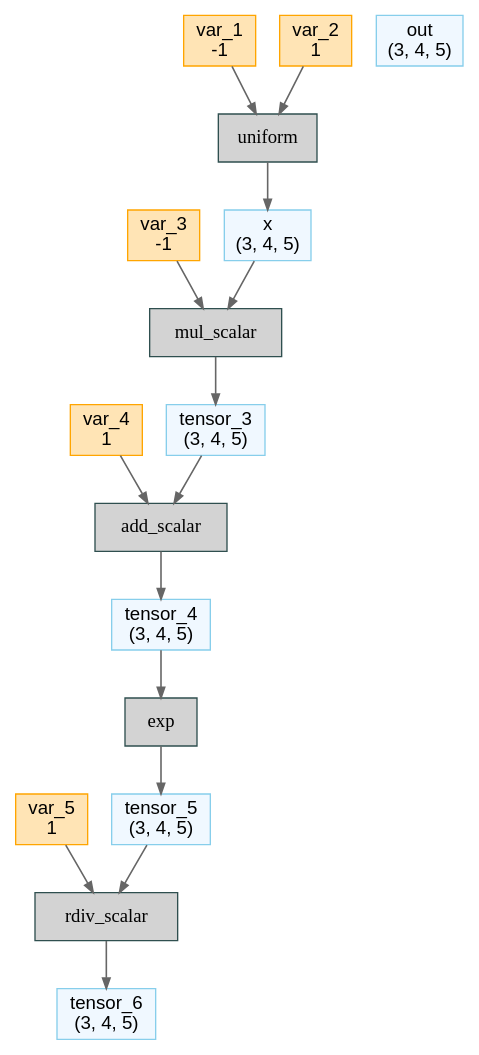
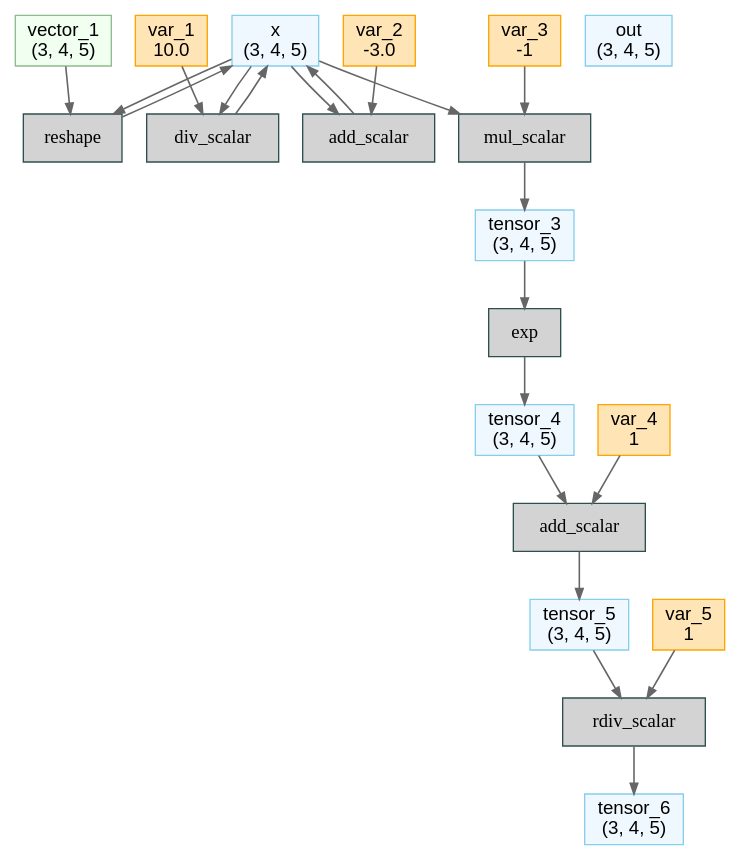
Before and after one commit to zhaziqwe/deepx: the diagram in front/py/examples/3_functional/1_sigmoid.dot, drawn with Graphviz. The commit also changed 11 other files, not shown here.

```diff
--- a/front/py/examples/3_functional/1_sigmoid.dot
+++ b/front/py/examples/3_functional/1_sigmoid.dot
@@ -1,46 +1,56 @@
 // Computational Graph
 digraph {
 	rankdir=TB
 	node [shape=record]
-	124458605174432 [label="x
+	130115172244864 [label="x
 (3, 4, 5)" color=skyblue fillcolor=aliceblue fontname="Sans-Serif" labeljust=l shape=box style=filled]
-	124458605170256 [label="var_1
+	130117430101712 [label=reshape color=darkslategray fillcolor=lightgray fontname="Courier Bold" labeljust=l shape=box style=filled]
+	130117430101376 [label="vector_1
+(3, 4, 5)" color=darkseagreen fillcolor=honeydew fontname="Sans-Serif" labeljust=l shape=box style=filled]
+	130115170569184 [label=div_scalar color=darkslategray fillcolor=lightgray fontname="Courier Bold" labeljust=l shape=box style=filled]
+	130117430113280 [label="var_1
+10.0" color=orange fillcolor=moccasin fontname="Sans-Serif" labeljust=l shape=box style=filled]
+	130115170569280 [label=add_scalar color=darkslategray fillcolor=lightgray fontname="Courier Bold" labeljust=l shape=box style=filled]
+	130115170569136 [label="var_2
+-3.0" color=orange fillcolor=moccasin fontname="Sans-Serif" labeljust=l shape=box style=filled]
+	130115170569088 [label="out
+(3, 4, 5)" color=skyblue fillcolor=aliceblue fontname="Sans-Serif" labeljust=l shape=box style=filled]
+	130115170569520 [label=mul_scalar color=darkslategray fillcolor=lightgray fontname="Courier Bold" labeljust=l shape=box style=filled]
+	130115170569472 [label="var_3
 -1" color=orange fillcolor=moccasin fontname="Sans-Serif" labeljust=l shape=box style=filled]
-	124458605174000 [label="var_2
+	130115170569664 [label="tensor_3
+(3, 4, 5)" color=skyblue fillcolor=aliceblue fontname="Sans-Serif" labeljust=l shape=box style=filled]
+	130115170569904 [label=exp color=darkslategray fillcolor=lightgray fontname="Courier Bold" labeljust=l shape=box style=filled]
+	130115170570000 [label="tensor_4
+(3, 4, 5)" color=skyblue fillcolor=aliceblue fontname="Sans-Serif" labeljust=l shape=box style=filled]
+	130115170576384 [label=add_scalar color=darkslategray fillcolor=lightgray fontname="Courier Bold" labeljust=l shape=box style=filled]
+	130115170576336 [label="var_4
 1" color=orange fillcolor=moccasin fontname="Sans-Serif" labeljust=l shape=box style=filled]
-	124458605169248 [label=uniform color=darkslategray fillcolor=lightgray fontname="Courier Bold" labeljust=l shape=box style=filled]
-	124458605656912 [label="out
+	130115170576528 [label="tensor_5
 (3, 4, 5)" color=skyblue fillcolor=aliceblue fontname="Sans-Serif" labeljust=l shape=box style=filled]
-	124458605657104 [label="tensor_3
+	130115170576768 [label=rdiv_scalar color=darkslategray fillcolor=lightgray fontname="Courier Bold" labeljust=l shape=box style=filled]
+	130115170576720 [label="var_5
+1" color=orange fillcolor=moccasin fontname="Sans-Serif" labeljust=l shape=box style=filled]
+	130115170576912 [label="tensor_6
 (3, 4, 5)" color=skyblue fillcolor=aliceblue fontname="Sans-Serif" labeljust=l shape=box style=filled]
-	124458605657200 [label=mul_scalar color=darkslategray fillcolor=lightgray fontname="Courier Bold" labeljust=l shape=box style=filled]
-	124458605657152 [label="var_3
--1" color=orange fillcolor=moccasin fontname="Sans-Serif" labeljust=l shape=box style=filled]
-	124458605657488 [label="tensor_4
-(3, 4, 5)" color=skyblue fillcolor=aliceblue fontname="Sans-Serif" labeljust=l shape=box style=filled]
-	124458605657584 [label=add_scalar color=darkslategray fillcolor=lightgray fontname="Courier Bold" labeljust=l shape=box style=filled]
-	124458605657536 [label="var_4
-1" color=orange fillcolor=moccasin fontname="Sans-Serif" labeljust=l shape=box style=filled]
-	124458605657872 [label="tensor_5
-(3, 4, 5)" color=skyblue fillcolor=aliceblue fontname="Sans-Serif" labeljust=l shape=box style=filled]
-	124458605657968 [label=exp color=darkslategray fillcolor=lightgray fontname="Courier Bold" labeljust=l shape=box style=filled]
-	124458605904032 [label="tensor_6
-(3, 4, 5)" color=skyblue fillcolor=aliceblue fontname="Sans-Serif" labeljust=l shape=box style=filled]
-	124458605904128 [label=rdiv_scalar color=darkslategray fillcolor=lightgray fontname="Courier Bold" labeljust=l shape=box style=filled]
-	124458605904080 [label="var_5
-1" color=orange fillcolor=moccasin fontname="Sans-Serif" labeljust=l shape=box style=filled]
-	124458605169248 -> 124458605174432 [arrowsize=0.8 color=gray40 penwidth=1.2]
-	124458605170256 -> 124458605169248 [arrowsize=0.8 color=gray40 penwidth=1.2]
-	124458605174000 -> 124458605169248 [arrowsize=0.8 color=gray40 penwidth=1.2]
-	124458605657200 -> 124458605657104 [arrowsize=0.8 color=gray40 penwidth=1.2]
-	124458605174432 -> 124458605657200 [arrowsize=0.8 color=gray40 penwidth=1.2]
-	124458605657152 -> 124458605657200 [arrowsize=0.8 color=gray40 penwidth=1.2]
-	124458605657584 -> 124458605657488 [arrowsize=0.8 color=gray40 penwidth=1.2]
-	124458605657104 -> 124458605657584 [arrowsize=0.8 color=gray40 penwidth=1.2]
-	124458605657536 -> 124458605657584 [arrowsize=0.8 color=gray40 penwidth=1.2]
-	124458605657968 -> 124458605657872 [arrowsize=0.8 color=gray40 penwidth=1.2]
-	124458605657488 -> 124458605657968 [arrowsize=0.8 color=gray40 penwidth=1.2]
-	124458605904128 -> 124458605904032 [arrowsize=0.8 color=gray40 penwidth=1.2]
-	124458605904080 -> 124458605904128 [arrowsize=0.8 color=gray40 penwidth=1.2]
-	124458605657872 -> 124458605904128 [arrowsize=0.8 color=gray40 penwidth=1.2]
+	130117430101712 -> 130115172244864 [arrowsize=0.8 color=gray40 penwidth=1.2]
+	130115170569184 -> 130115172244864 [arrowsize=0.8 color=gray40 penwidth=1.2]
+	130115170569280 -> 130115172244864 [arrowsize=0.8 color=gray40 penwidth=1.2]
+	130115172244864 -> 130117430101712 [arrowsize=0.8 color=gray40 penwidth=1.2]
+	130117430101376 -> 130117430101712 [arrowsize=0.8 color=gray40 penwidth=1.2]
+	130115172244864 -> 130115170569184 [arrowsize=0.8 color=gray40 penwidth=1.2]
+	130117430113280 -> 130115170569184 [arrowsize=0.8 color=gray40 penwidth=1.2]
+	130115172244864 -> 130115170569280 [arrowsize=0.8 color=gray40 penwidth=1.2]
+	130115170569136 -> 130115170569280 [arrowsize=0.8 color=gray40 penwidth=1.2]
+	130115172244864 -> 130115170569520 [arrowsize=0.8 color=gray40 penwidth=1.2]
+	130115170569472 -> 130115170569520 [arrowsize=0.8 color=gray40 penwidth=1.2]
+	130115170569520 -> 130115170569664 [arrowsize=0.8 color=gray40 penwidth=1.2]
+	130115170569664 -> 130115170569904 [arrowsize=0.8 color=gray40 penwidth=1.2]
+	130115170569904 -> 130115170570000 [arrowsize=0.8 color=gray40 penwidth=1.2]
+	130115170570000 -> 130115170576384 [arrowsize=0.8 color=gray40 penwidth=1.2]
+	130115170576336 -> 130115170576384 [arrowsize=0.8 color=gray40 penwidth=1.2]
+	130115170576384 -> 130115170576528 [arrowsize=0.8 color=gray40 penwidth=1.2]
+	130115170576720 -> 130115170576768 [arrowsize=0.8 color=gray40 penwidth=1.2]
+	130115170576528 -> 130115170576768 [arrowsize=0.8 color=gray40 penwidth=1.2]
+	130115170576768 -> 130115170576912 [arrowsize=0.8 color=gray40 penwidth=1.2]
 }
```
